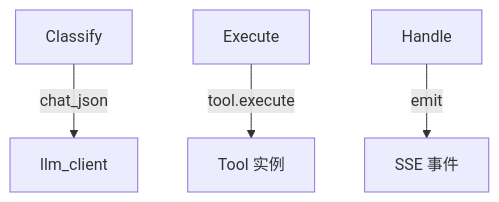
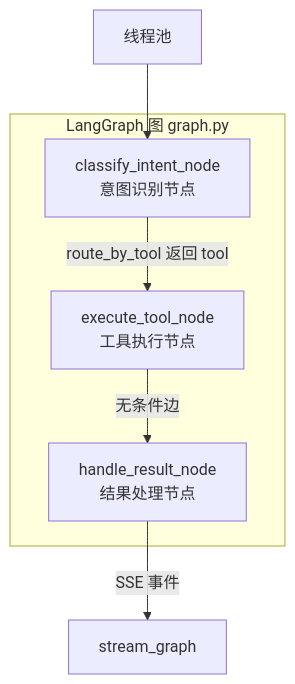
One commit to 996Code/llm-to-modeler changed diagram 15 of 33 in doc/系统架构与学习指南.md. Above: the diagram before and after it, drawn with Mermaid. The commit also changed other lines of this file and 82 other files, not shown here.

````diff
--- a/doc/系统架构与学习指南.md
+++ b/doc/系统架构与学习指南.md
@@ -262,6 +403,13 @@
 ```mermaid
 flowchart TD
-    Classify -->|"chat_json"| LLM["llm_client"]
-    Execute -->|"tool.execute"| Tool["Tool 实例"]
-    Handle -->|"emit"| SSE["SSE 事件"]
+    subgraph GraphLayer["LangGraph 图 graph.py"]
+        Classify["classify_intent_node<br/>意图识别节点"]
+        Execute["execute_tool_node<br/>工具执行节点"]
+        Handle["handle_result_node<br/>结果处理节点"]
+    end
+
+    ThreadPool["线程池"] --> Classify
+    Classify -->|route_by_tool 返回 tool| Execute
+    Execute -->|无条件边| Handle
+    Handle -->|SSE 事件| StreamGraph["stream_graph"]
 ```
````
